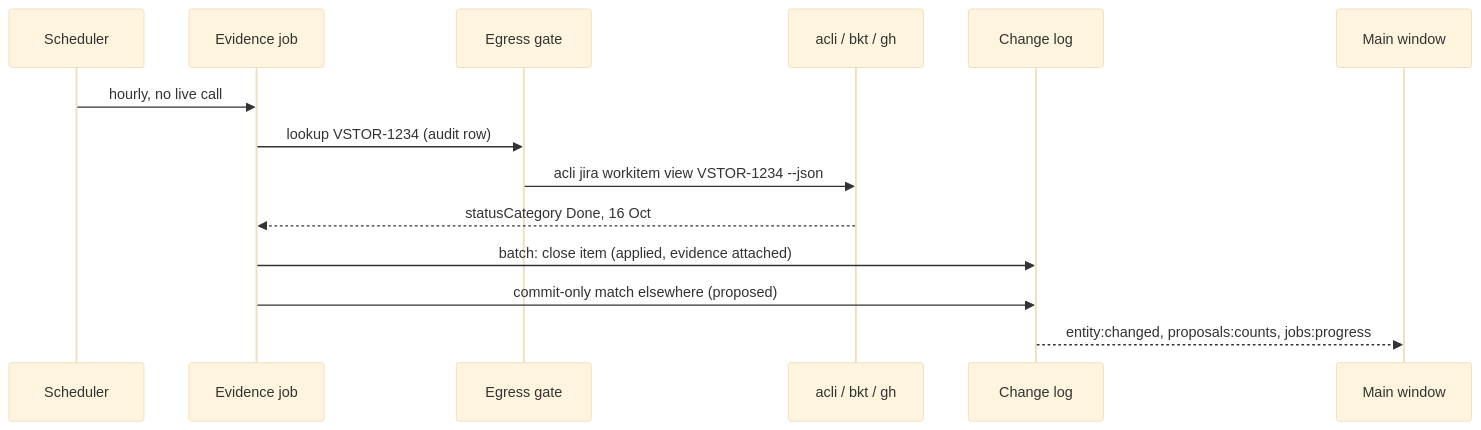
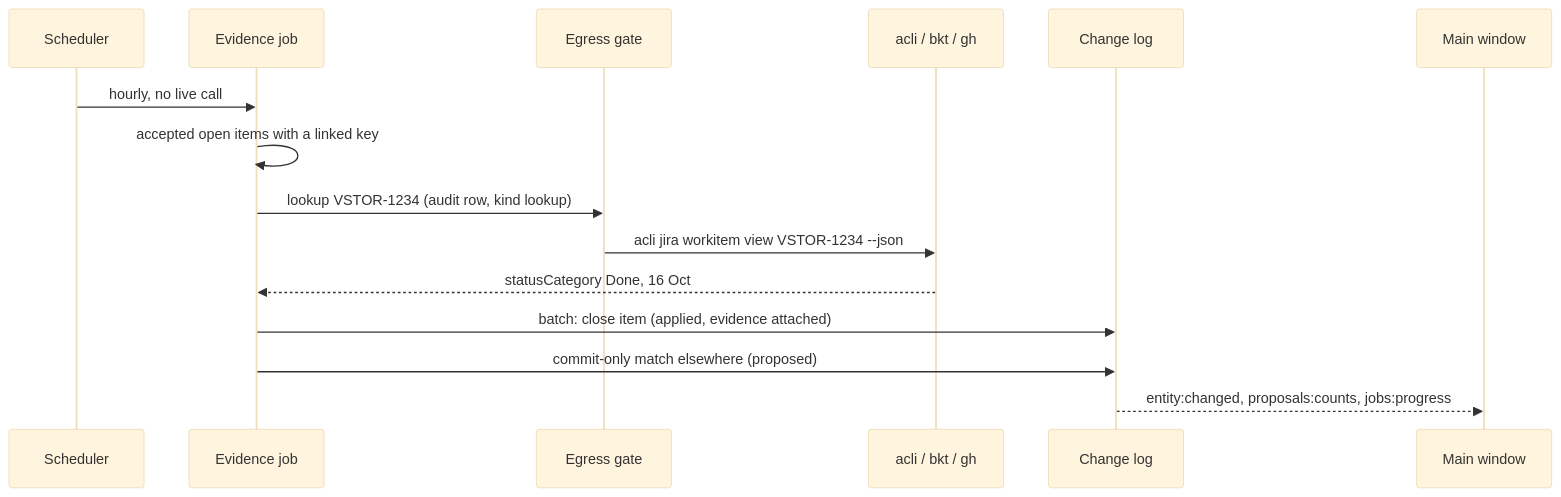
Diagram 11 of 13 in docs/DESIGN-core.md (getahead/noter), drawn with Mermaid (base theme) before and after one commit. The commit also changed other lines of this file and 81 other files, not shown here.

````diff
--- a/docs/DESIGN-core.md
+++ b/docs/DESIGN-core.md
@@ -1650,16 +1814,17 @@
 ```mermaid
 sequenceDiagram
     participant J as Scheduler
     participant EV as Evidence job
     participant G as Egress gate
     participant X as acli / bkt / gh
     participant CL as Change log
     participant M as Main window
     J->>EV: hourly, no live call
-    EV->>G: lookup VSTOR-1234 (audit row)
+    EV->>EV: accepted open items with a linked key
+    EV->>G: lookup VSTOR-1234 (audit row, kind lookup)
     G->>X: acli jira workitem view VSTOR-1234 --json
     X-->>EV: statusCategory Done, 16 Oct
     EV->>CL: batch: close item (applied, evidence attached)
     EV->>CL: commit-only match elsewhere (proposed)
     CL-->>M: entity:changed, proposals:counts, jobs:progress
 ```
````
